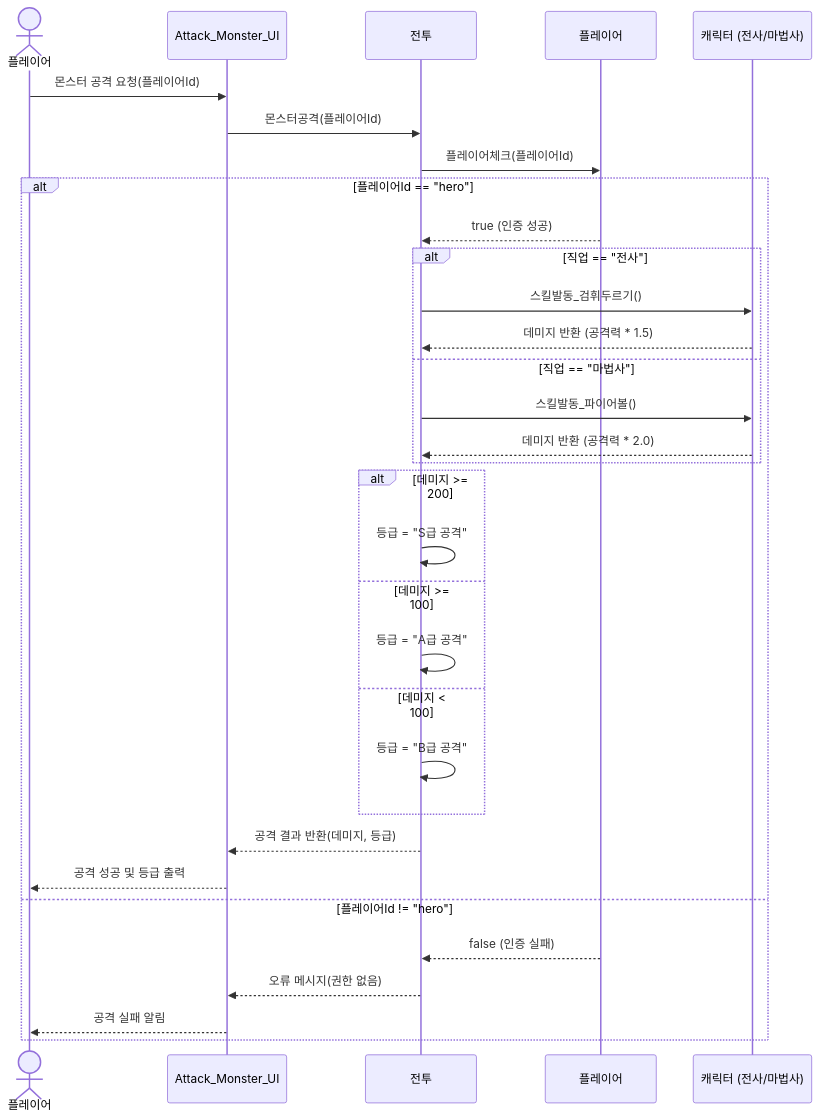
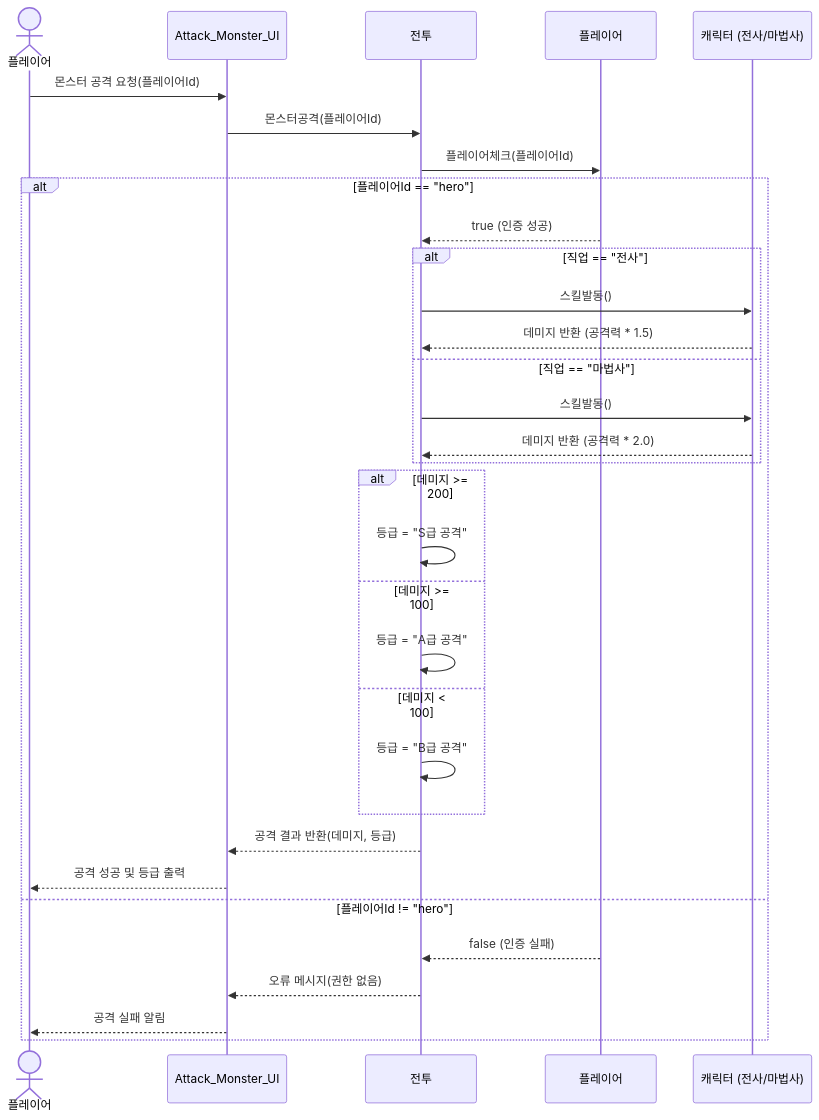
Before and after one commit to seonwung/DnF_Nattle_B_04: the diagram in 몬스터공격_순차도.md, drawn with Mermaid.

`````diff
--- a/몬스터공격_순차도.md
+++ b/몬스터공격_순차도.md
@@ -1,41 +1,41 @@
 ```mermaid
 sequenceDiagram
     actor Player as 플레이어
     participant UI as Attack_Monster_UI
     participant Battle as 전투
     participant PlayerClass as 플레이어
     participant Char as 캐릭터 (전사/마법사)
 
     Player->>UI: 몬스터 공격 요청(플레이어Id)
     UI->>Battle: 몬스터공격(플레이어Id)
 
     Battle->>PlayerClass: 플레이어체크(플레이어Id)
 
     alt 플레이어Id == "hero"
         PlayerClass-->>Battle: true (인증 성공)
 
         alt 직업 == "전사"
-            Battle->>Char: 스킬발동_검휘두르기()
+            Battle->>Char: 스킬발동()
             Char-->>Battle: 데미지 반환 (공격력 * 1.5)
         else 직업 == "마법사"
-            Battle->>Char: 스킬발동_파이어볼()
+            Battle->>Char: 스킬발동()
             Char-->>Battle: 데미지 반환 (공격력 * 2.0)
         end
 
         alt 데미지 >= 200
             Battle->>Battle: 등급 = "S급 공격"
         else 데미지 >= 100
             Battle->>Battle: 등급 = "A급 공격"
         else 데미지 < 100
             Battle->>Battle: 등급 = "B급 공격"
         end
 
         Battle-->>UI: 공격 결과 반환(데미지, 등급)
         UI-->>Player: 공격 성공 및 등급 출력
 
     else 플레이어Id != "hero"
         PlayerClass-->>Battle: false (인증 실패)
         Battle-->>UI: 오류 메시지(권한 없음)
         UI-->>Player: 공격 실패 알림
     end
 ````
`````
